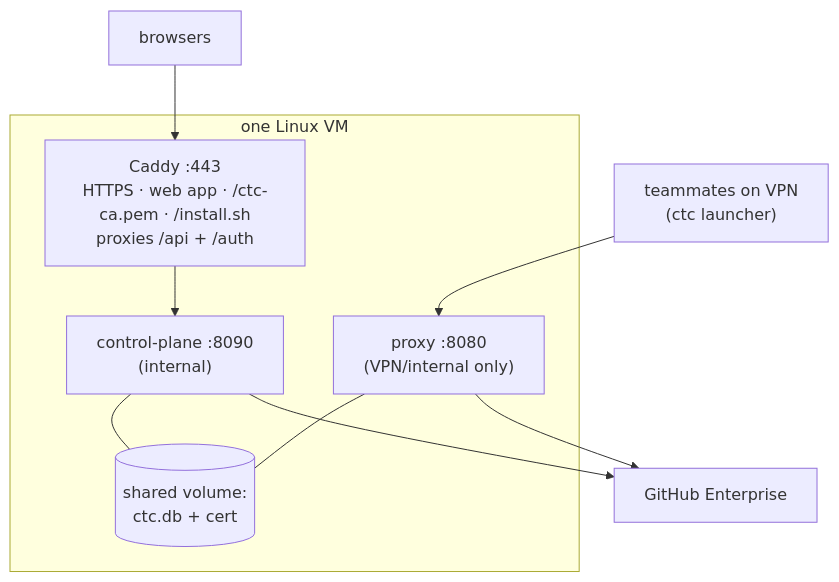
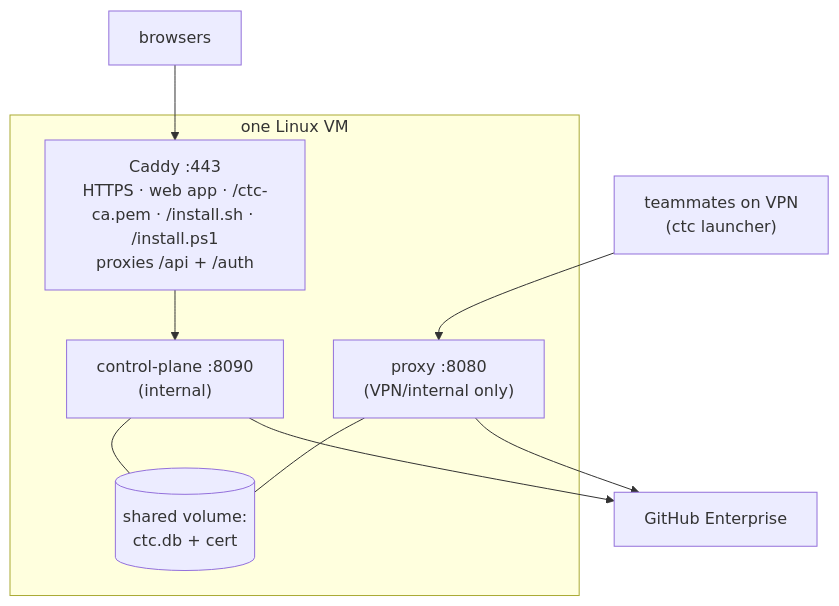
One commit to khirooo/CTC changed the diagram in docs/guide/07-deploying.md. Above: the diagram before and after it, drawn with Mermaid. The commit also changed other lines of this file and 39 other files, not shown here.

````diff
--- a/docs/guide/07-deploying.md
+++ b/docs/guide/07-deploying.md
@@ -53,16 +53,16 @@
 ```mermaid
 flowchart TB
     subgraph VM["one Linux VM"]
-        Caddy["Caddy :443<br/>HTTPS · web app · /ctc-ca.pem · /install.sh<br/>proxies /api + /auth"]
+        Caddy["Caddy :443<br/>HTTPS · web app · /ctc-ca.pem · /install.sh · /install.ps1<br/>proxies /api + /auth"]
         CP["control-plane :8090<br/>(internal)"]
         PX["proxy :8080<br/>(VPN/internal only)"]
         DB[("shared volume:<br/>ctc.db + cert")]
         Caddy --> CP
         CP --- DB
         PX --- DB
     end
     Browser["browsers"] --> Caddy
     VPN["teammates on VPN<br/>(ctc launcher)"] --> PX
     PX --> GHE["GitHub Enterprise"]
     CP --> GHE
 ```
````
